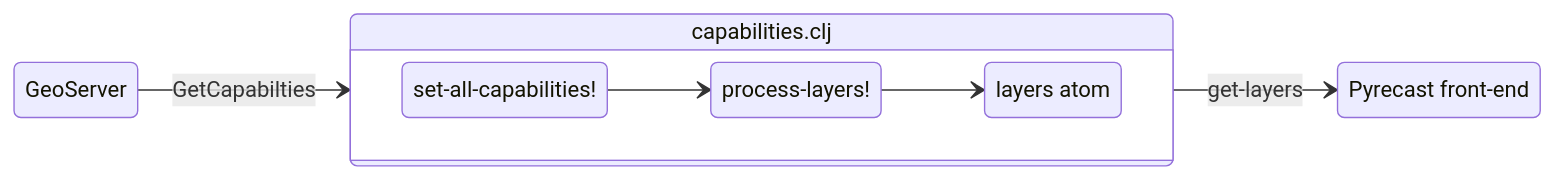
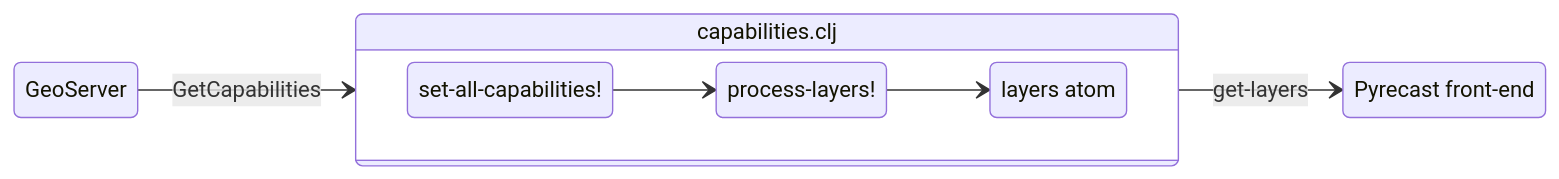
The diagram in docs/pyrecast-back-end.md (pyregence/pyregence), drawn with Mermaid before and after one commit. The commit also changed other lines of this file and 2 other files, not shown here.

````diff
--- a/docs/pyrecast-back-end.md
+++ b/docs/pyrecast-back-end.md
@@ -169,18 +169,18 @@
 ```mermaid
 stateDiagram
     direction LR
     A: GeoServer
     B: capabilities.clj
     C: Pyrecast front-end
     a: set-all-capabilities!
     b: process-layers!
     c: layers atom
 
-    A --> B: GetCapabilties
+    A --> B: GetCapabilities
     state B {
       direction LR
       a --> b
       b --> c
     }
     B --> C: get-layers
 ```
````
